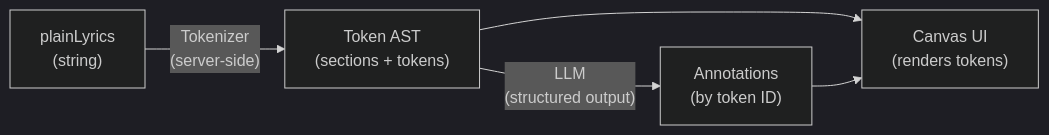
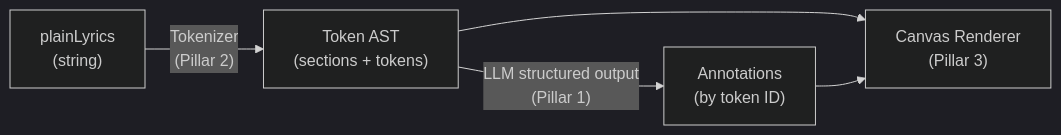
Before and after one commit to jorgesalica/flow-sample: the second of 2 diagrams in docs/flows/lyrics-canvas/flow_introduction.md, drawn with Mermaid (dark theme). The commit also changed other lines of this file and 2 other files, not shown here.

Commit message:
docs: refactor architecture to three-pillar model with separated DB, add use case walkthrough

````diff
--- a/docs/flows/lyrics-canvas/flow_introduction.md
+++ b/docs/flows/lyrics-canvas/flow_introduction.md
@@ -58,7 +60,7 @@
 ```mermaid
 flowchart LR
-    A["plainLyrics<br/>(string)"] -->|"Tokenizer<br/>(server-side)"| B["Token AST<br/>(sections + tokens)"]
-    B -->|"LLM<br/>(structured output)"| C["Annotations<br/>(by token ID)"]
-    B --> D["Canvas UI<br/>(renders tokens)"]
+    A["plainLyrics<br/>(string)"] -->|"Tokenizer<br/>(Pillar 2)"| B["Token AST<br/>(sections + tokens)"]
+    B -->|"LLM structured output<br/>(Pillar 1)"| C["Annotations<br/>(by token ID)"]
+    B --> D["Canvas Renderer<br/>(Pillar 3)"]
     C --> D
 ```
````
